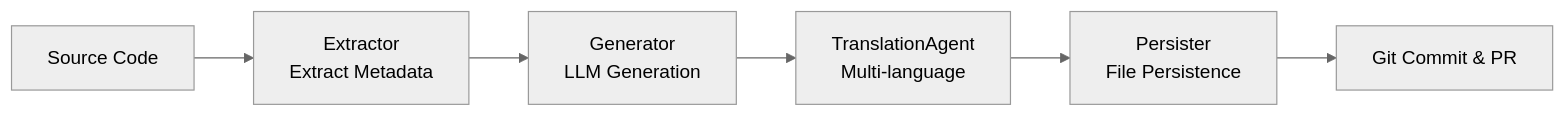
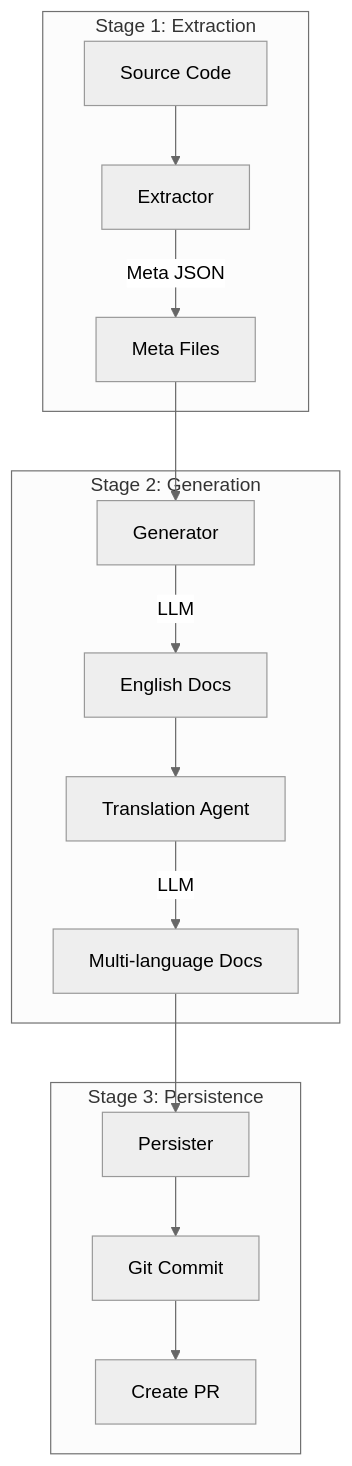
One commit to StarRocks/DocsAgent changed the diagram in README.md. Above: the diagram before and after it, drawn with Mermaid (neutral theme). The commit also changed other lines of this file and 4 other files, not shown here.

````diff
--- a/README.md
+++ b/README.md
@@ -60,8 +81,31 @@
 ```mermaid
-graph LR
-    A[Source Code] --> B[Extractor<br/>Extract Metadata]
-    B --> C[Generator<br/>LLM Generation]
-    C --> D[TranslationAgent<br/>Multi-language]
-    D --> E[Persister<br/>File Persistence]
-    E --> F[Git Commit & PR]
+graph TB
+    A[Source Code] --> B[Extractor]
+    B --> |Meta JSON| C[Meta Files]
+    C --> D[Generator]
+    D --> |LLM| E[English Docs]
+    E --> F[Translation Agent]
+    F --> |LLM| G[Multi-language Docs]
+    G --> H[Persister]
+    H --> I[Git Commit]
+    I --> J[Create PR]
+    
+    subgraph "Stage 1: Extraction"
+        A
+        B
+        C
+    end
+    
+    subgraph "Stage 2: Generation"
+        D
+        E
+        F
+        G
+    end
+    
+    subgraph "Stage 3: Persistence"
+        H
+        I
+        J
+    end
 ```
````
